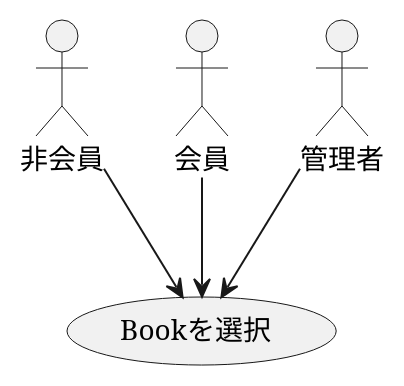
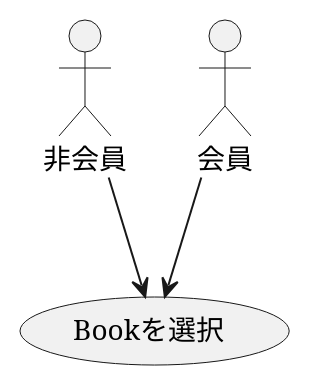
One commit to ahyaemon/bancha_books changed the diagram in sphinx/system_requirement/page/all/book_menu/index.rst. Above: the diagram before and after it, drawn with PlantUML. The commit also changed 37 other files, not shown here.

```diff
--- a/sphinx/system_requirement/page/all/book_menu/index.rst
+++ b/sphinx/system_requirement/page/all/book_menu/index.rst
@@ -6,11 +6,9 @@
 .. uml::
 
   actor :非会員: as Non
   actor :会員: as General
-  actor :管理者: as Admin
   
   (Bookを選択) as (Select Book)
 
   Non --> (Select Book)
   General --> (Select Book)
-  Admin --> (Select Book)
```
